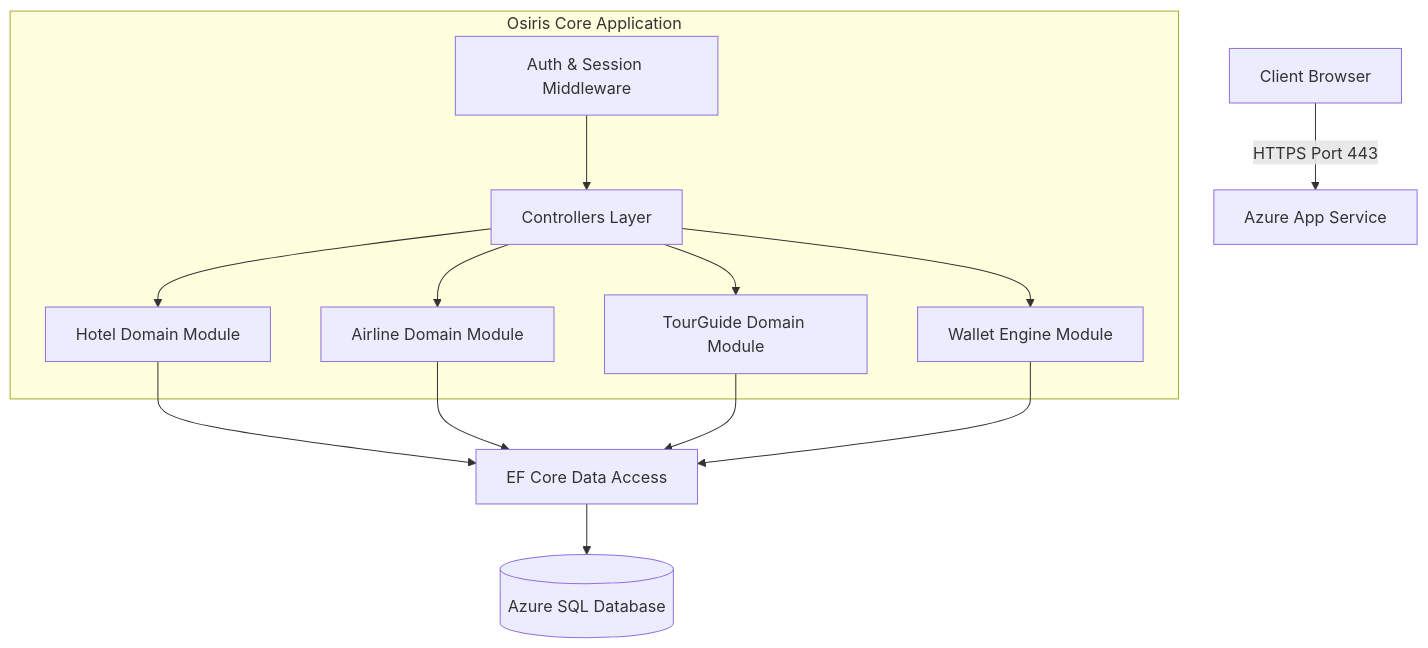
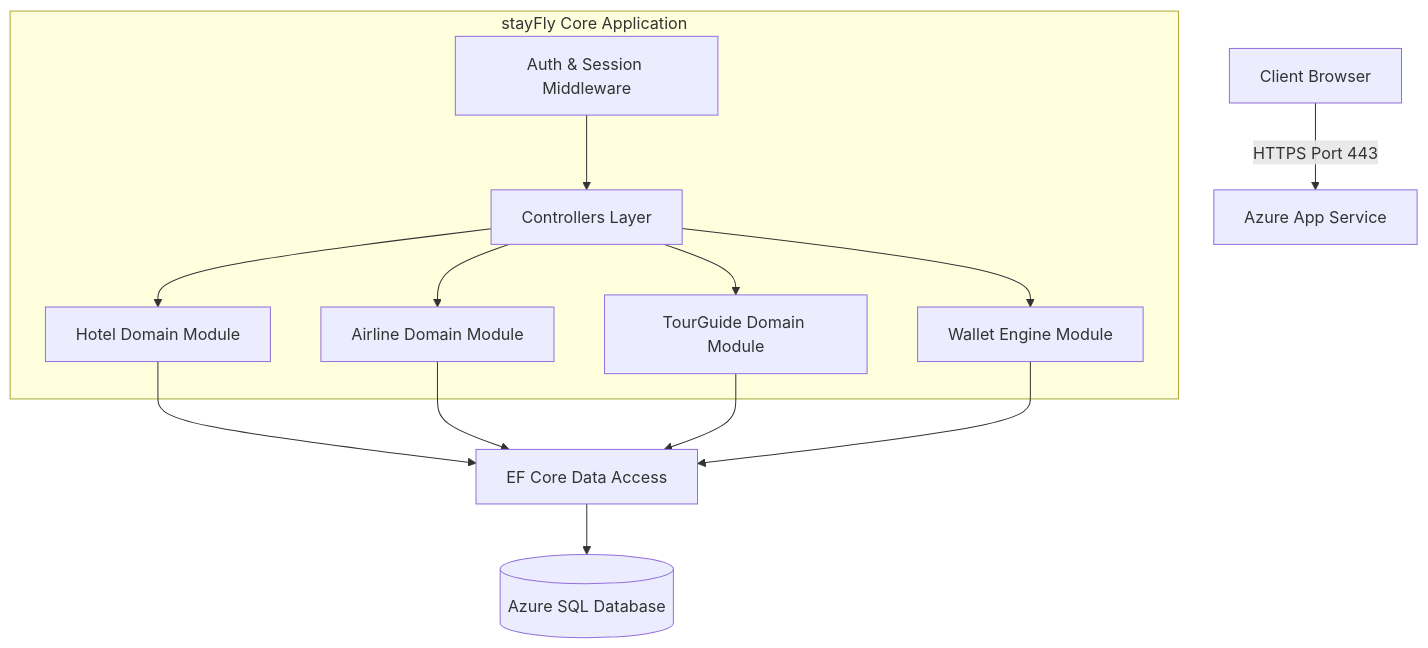
Diagram 11 of 12 in docs/System_Analysis_and_Design.md (abdelrahmansaeed19/StayFly), drawn with Mermaid before and after one commit. The commit also changed other lines of this file, not shown here.

Commit message:
Rename Osiris to stayFly in documentation

````diff
--- a/docs/System_Analysis_and_Design.md
+++ b/docs/System_Analysis_and_Design.md
@@ -290,20 +379,20 @@
 ```mermaid
 flowchart TD
     Client[Client Browser] -->|HTTPS Port 443| AppService[Azure App Service]
     
-    subgraph CoreApplication [Osiris Core Application]
+    subgraph CoreApplication [stayFly Core Application]
         Auth[Auth & Session Middleware] --> Controllers[Controllers Layer]
         Controllers --> Hotel[Hotel Domain Module]
         Controllers --> Airline[Airline Domain Module]
         Controllers --> Tour[TourGuide Domain Module]
         Controllers --> Wallet[Wallet Engine Module]
     end
 
     Hotel --> EF[EF Core Data Access]
     Airline --> EF
     Tour --> EF
     Wallet --> EF
     
     EF --> DB[(Azure SQL Database)]
 
 ```
````
